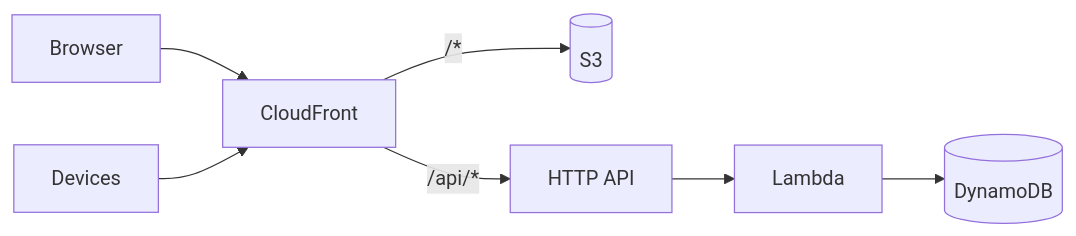
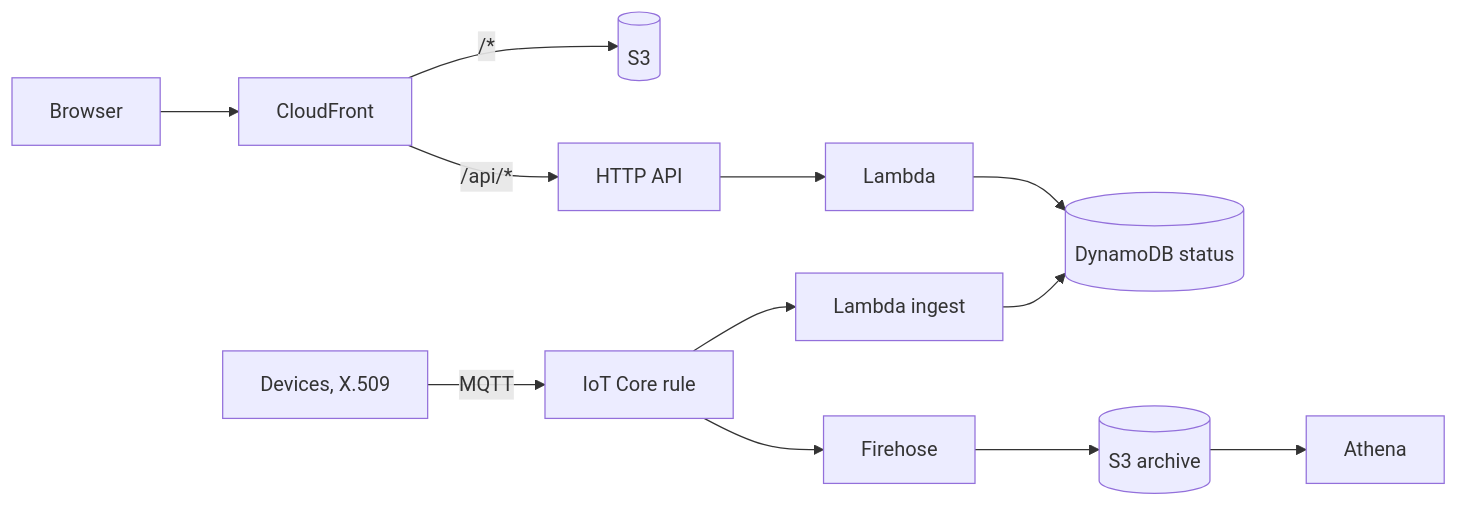
One commit to Mariam-zeqred/aws-architecture-by-example changed the diagram in README.md. Above: the diagram before and after it, drawn with Mermaid. The commit also changed other lines of this file and 3 other files, not shown here.

````diff
--- a/README.md
+++ b/README.md
@@ -5,7 +5,8 @@
 ```mermaid
 flowchart LR
     B[Browser] --> CF[CloudFront]
-    D[Devices] --> CF
     CF -->|"/*"| S3[(S3)]
-    CF -->|"/api/*"| API[HTTP API] --> L[Lambda] --> T[(DynamoDB)]
+    CF -->|"/api/*"| API[HTTP API] --> L[Lambda] --> T[(DynamoDB status)]
+    D[Devices, X.509] -->|MQTT| IOT[IoT Core rule] --> I[Lambda ingest] --> T
+    IOT --> FH[Firehose] --> AR[(S3 archive)] --> AT[Athena]
 ```
````
